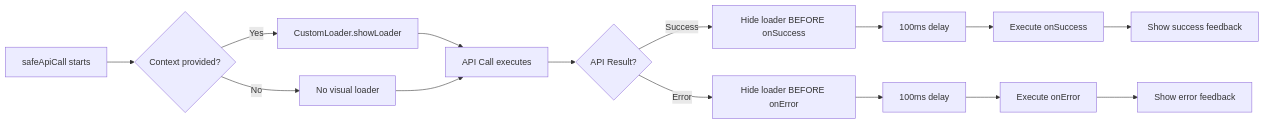
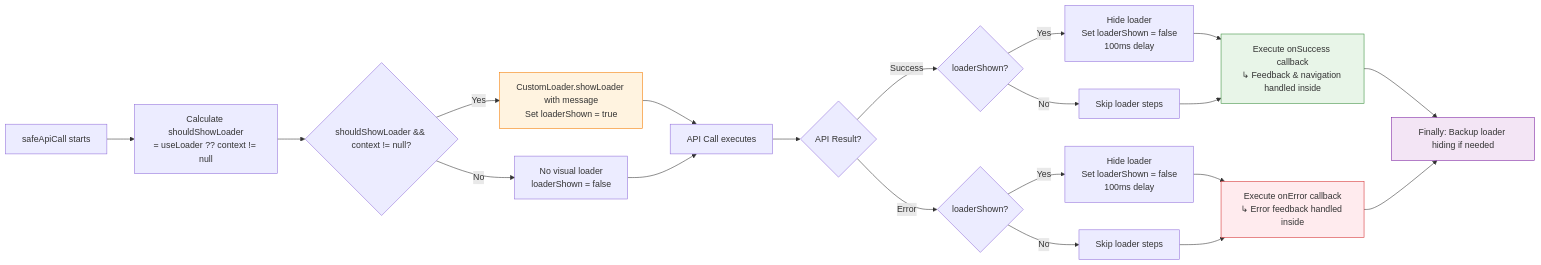
The second of 3 diagrams in docs/API_CALL_GUIDANCE.md (nomatake/KiokuNaviApp), drawn with Mermaid before and after one commit. The commit also changed other lines of this file, not shown here.

````diff
--- a/docs/API_CALL_GUIDANCE.md
+++ b/docs/API_CALL_GUIDANCE.md
@@ -105,22 +117,34 @@
 ```mermaid
 flowchart LR
-    A[safeApiCall starts] --> B{Context provided?}
-    B -->|Yes| C[CustomLoader.showLoader]
-    B -->|No| D[No visual loader]
+    A[safeApiCall starts] --> B[Calculate shouldShowLoader<br/>= useLoader ?? context != null]
+    B --> C{shouldShowLoader && context != null?}
+    C -->|Yes| D[CustomLoader.showLoader with message<br/>Set loaderShown = true]
+    C -->|No| E[No visual loader<br/>loaderShown = false]
     
-    C --> E[API Call executes]
-    D --> E
+    D --> F[API Call executes]
+    E --> F
     
-    E --> F{API Result?}
-    F -->|Success| G[Hide loader BEFORE onSuccess]
-    F -->|Error| H[Hide loader BEFORE onError]
+    F --> G{API Result?}
+    G -->|Success| H{loaderShown?}
+    G -->|Error| I{loaderShown?}
     
-    G --> I[100ms delay]
-    H --> J[100ms delay]
+    H -->|Yes| J[Hide loader<br/>Set loaderShown = false<br/>100ms delay]
+    H -->|No| K[Skip loader steps]
     
-    I --> K[Execute onSuccess]
-    J --> L[Execute onError]
+    I -->|Yes| L[Hide loader<br/>Set loaderShown = false<br/>100ms delay]
+    I -->|No| M[Skip loader steps]
     
-    K --> M[Show success feedback]
-    L --> N[Show error feedback]
+    J --> N[Execute onSuccess callback<br/>↳ Feedback & navigation handled inside]
+    K --> N
+    
+    L --> O[Execute onError callback<br/>↳ Error feedback handled inside]
+    M --> O
+    
+    N --> P[Finally: Backup loader hiding if needed]
+    O --> P
+    
+    style D fill:#fff3e0,stroke:#f57c00
+    style N fill:#e8f5e8,stroke:#388e3c
+    style O fill:#ffebee,stroke:#d32f2f
+    style P fill:#f3e5f5,stroke:#7b1fa2
 ```
````
